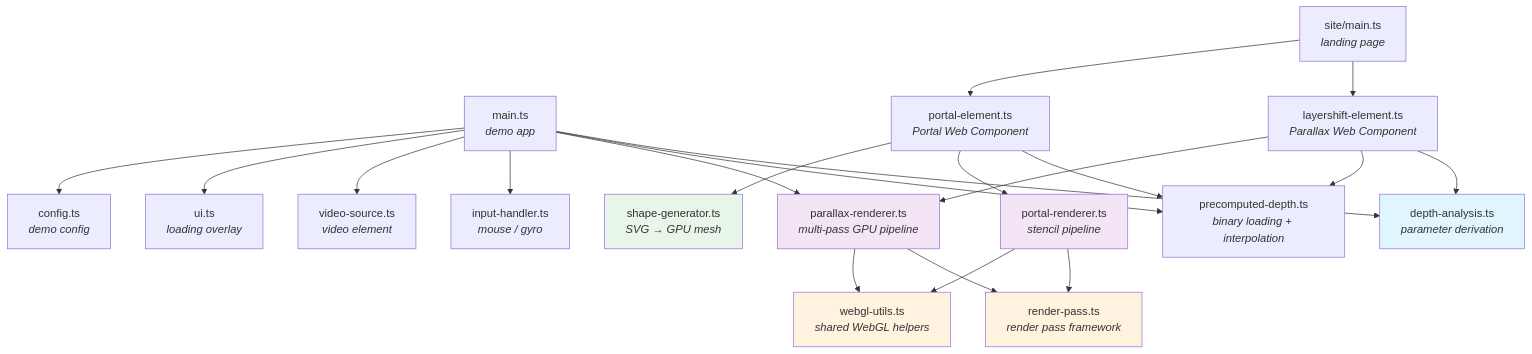
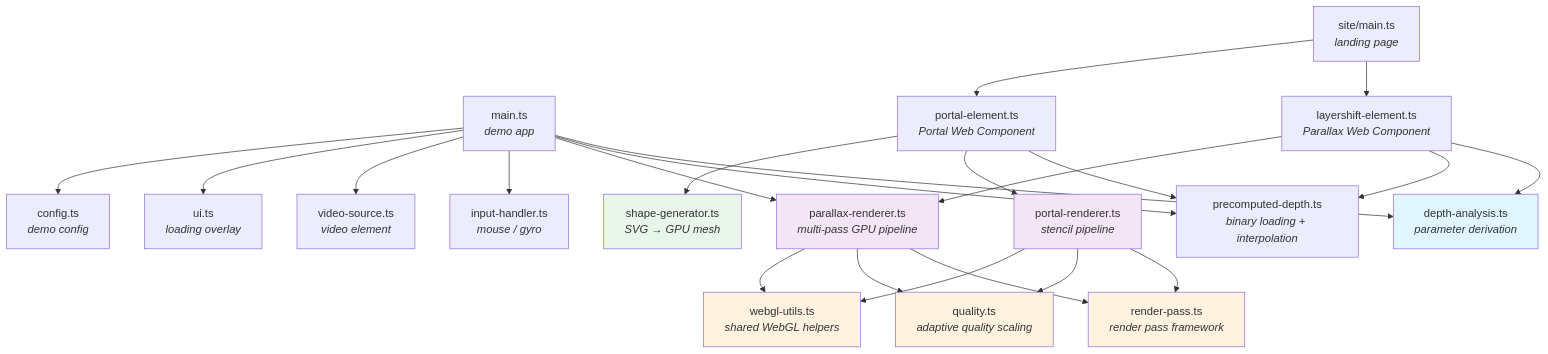
The second of 2 diagrams in docs/diagrams/system-architecture.md (jeremysykes/layershift), drawn with Mermaid before and after one commit. The commit also changed 12 other files, not shown here.

First line of the commit message:
perf: adaptive quality scaling based on device capability

````diff
--- a/docs/diagrams/system-architecture.md
+++ b/docs/diagrams/system-architecture.md
@@ -51,50 +51,54 @@
 ```mermaid
 graph TD
     MAIN["main.ts<br/><i>demo app</i>"]
     SITE["site/main.ts<br/><i>landing page</i>"]
     ELEMENT["layershift-element.ts<br/><i>Parallax Web Component</i>"]
     PORTAL_EL["portal-element.ts<br/><i>Portal Web Component</i>"]
 
     DA["depth-analysis.ts<br/><i>parameter derivation</i>"]
     PD["precomputed-depth.ts<br/><i>binary loading + interpolation</i>"]
     PR["parallax-renderer.ts<br/><i>multi-pass GPU pipeline</i>"]
     PTR["portal-renderer.ts<br/><i>stencil pipeline</i>"]
     RP["render-pass.ts<br/><i>render pass framework</i>"]
+    QS["quality.ts<br/><i>adaptive quality scaling</i>"]
     WU["webgl-utils.ts<br/><i>shared WebGL helpers</i>"]
     SG["shape-generator.ts<br/><i>SVG → GPU mesh</i>"]
     IH["input-handler.ts<br/><i>mouse / gyro</i>"]
     VS["video-source.ts<br/><i>video element</i>"]
     UI["ui.ts<br/><i>loading overlay</i>"]
     CFG["config.ts<br/><i>demo config</i>"]
 
     MAIN --> DA
     MAIN --> PD
     MAIN --> PR
     MAIN --> IH
     MAIN --> VS
     MAIN --> UI
     MAIN --> CFG
 
     ELEMENT --> DA
     ELEMENT --> PD
     ELEMENT --> PR
 
     PORTAL_EL --> PD
     PORTAL_EL --> PTR
     PORTAL_EL --> SG
 
     PR --> RP
+    PR --> QS
     PR --> WU
     PTR --> RP
+    PTR --> QS
     PTR --> WU
 
     SITE --> ELEMENT
     SITE --> PORTAL_EL
 
     style DA fill:#e1f5fe
     style PR fill:#f3e5f5
     style PTR fill:#f3e5f5
     style RP fill:#fff3e0
+    style QS fill:#fff3e0
     style WU fill:#fff3e0
     style SG fill:#e8f5e9
 ```
````
